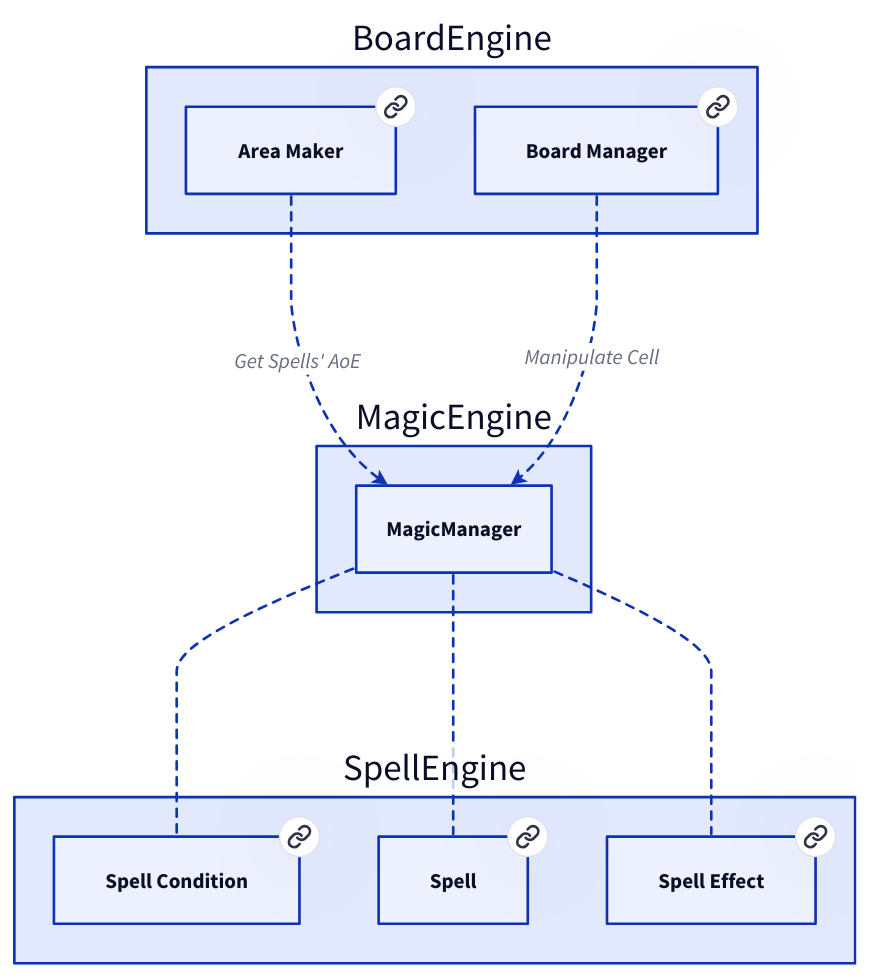
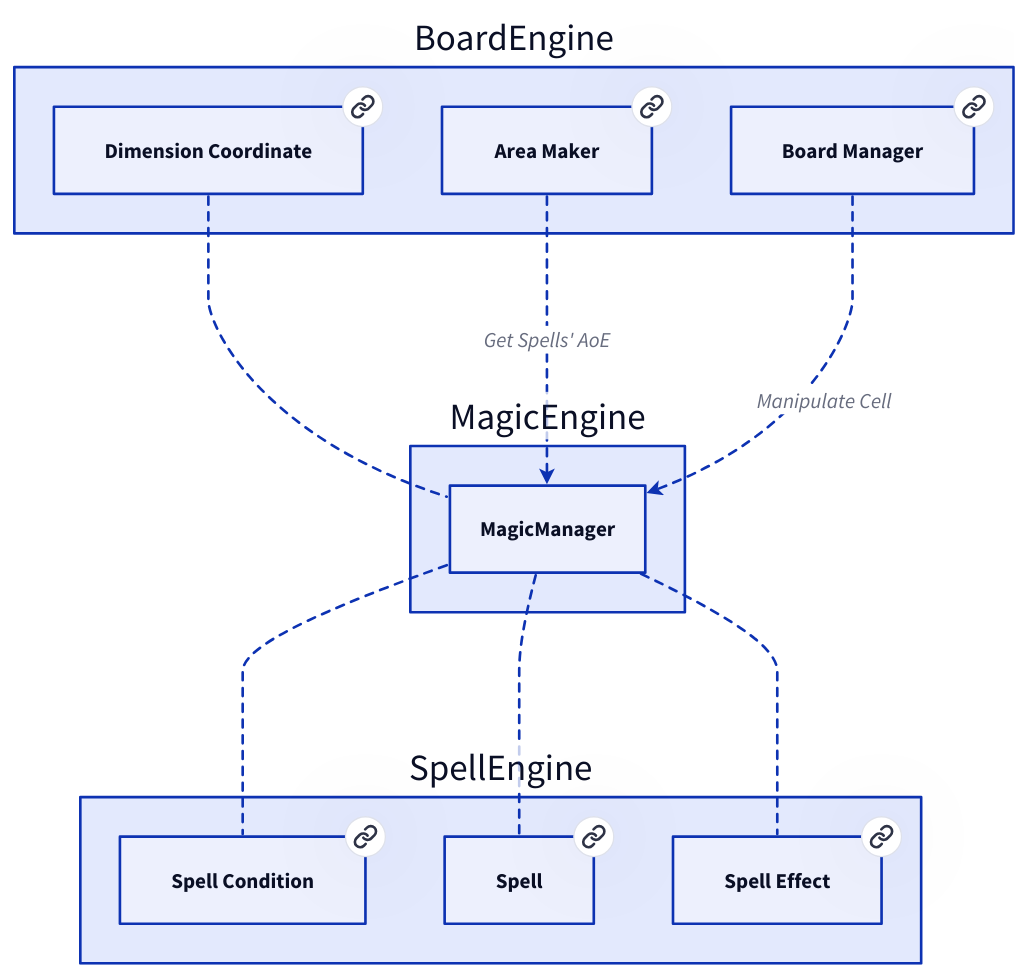
The diagram in doc/graphs/d2/MagicManager.d2 (Portevent/Brume-Documentation), drawn with D2 before and after one commit. The commit also changed 15 other files, not shown here.

```diff
--- a/doc/graphs/d2/MagicManager.d2
+++ b/doc/graphs/d2/MagicManager.d2
@@ -1,33 +1,37 @@
 # Nodes :
 BoardEngine: {
+    DimensionCoordinate: Dimension Coordinate {
+       link: DimensionCoordinate
+    }
     BoardManager: Board Manager {
        link: BoardManager
     }
     AreaMaker: Area Maker {
        link: AreaMaker
     }
 }
 SpellEngine: {
     SpellCondition: Spell Condition {
        link: SpellCondition
     }
     Spell: Spell {
        link: Spell
     }
     SpellEffect: Spell Effect {
        link: SpellEffect
     }
 }
 
 # Links :
 MagicEngine.MagicManager -- SpellEngine.Spell: {style.stroke-dash: 3}
 MagicEngine.MagicManager -- SpellEngine.SpellEffect: {style.stroke-dash: 3}
 MagicEngine.MagicManager -- SpellEngine.SpellCondition: {style.stroke-dash: 3}
+BoardEngine.DimensionCoordinate -- MagicEngine.MagicManager: {style.stroke-dash: 3}
 BoardEngine.AreaMaker -> MagicEngine.MagicManager: Get Spells' AoE {style.stroke-dash: 3
 source-arrowhead: {}
 target-arrowhead: {shape: arrow}
 }
 BoardEngine.BoardManager -> MagicEngine.MagicManager: Manipulate Cell {style.stroke-dash: 3
 source-arrowhead: {}
 target-arrowhead: {shape: arrow}
 }
```
